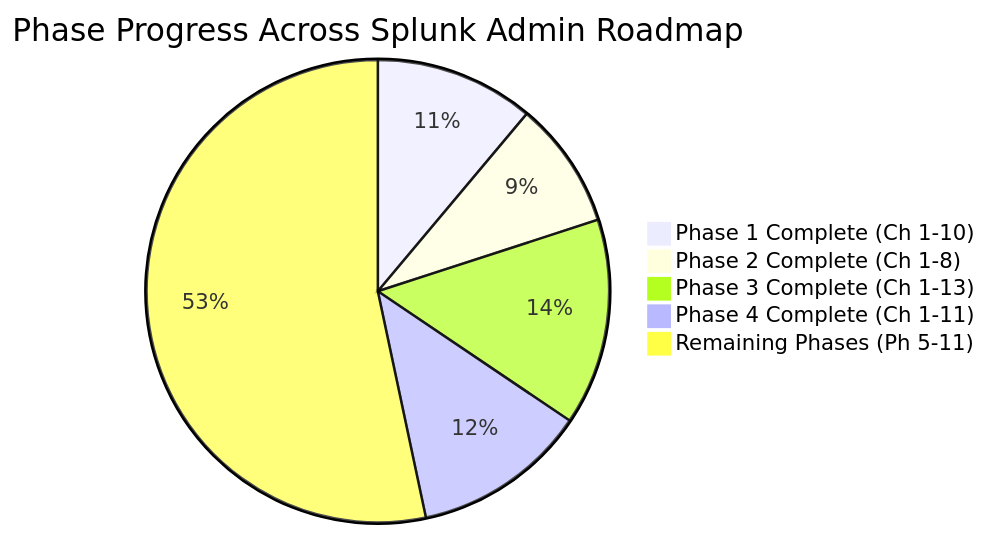
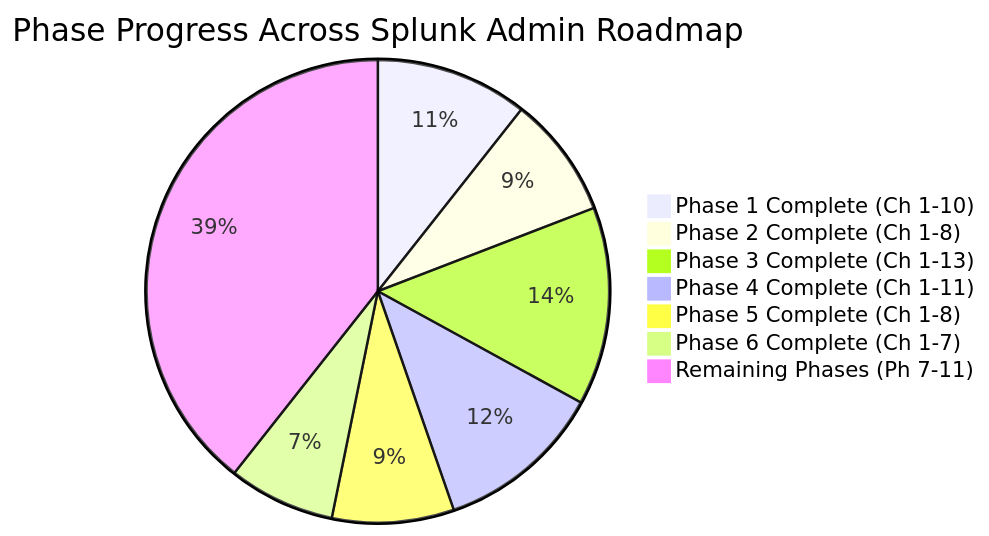
The diagram in 00 - Master Dashboard & Roadmap/01_Progress_Tracker.md (ashu200107/Splunk), drawn with Mermaid before and after one commit. The commit also changed other lines of this file and 3 other files, not shown here.

Commit message:
feat(Phase 6): complete Chapter 07 (Phase 6 Capstone Lab & Deployment Fleet Master Exam) & Room P6-Capstone - Phase 6 100% COMPLETE

````diff
--- a/00 - Master Dashboard & Roadmap/01_Progress_Tracker.md
+++ b/00 - Master Dashboard & Roadmap/01_Progress_Tracker.md
@@ -11,8 +11,10 @@
 ```mermaid
 pie title Phase Progress Across Splunk Admin Roadmap
     "Phase 1 Complete (Ch 1-10)" : 10
     "Phase 2 Complete (Ch 1-8)" : 8
     "Phase 3 Complete (Ch 1-13)" : 13
     "Phase 4 Complete (Ch 1-11)" : 11
-    "Remaining Phases (Ph 5-11)" : 48
+    "Phase 5 Complete (Ch 1-8)" : 8
+    "Phase 6 Complete (Ch 1-7)" : 7
+    "Remaining Phases (Ph 7-11)" : 37
 ```
````
